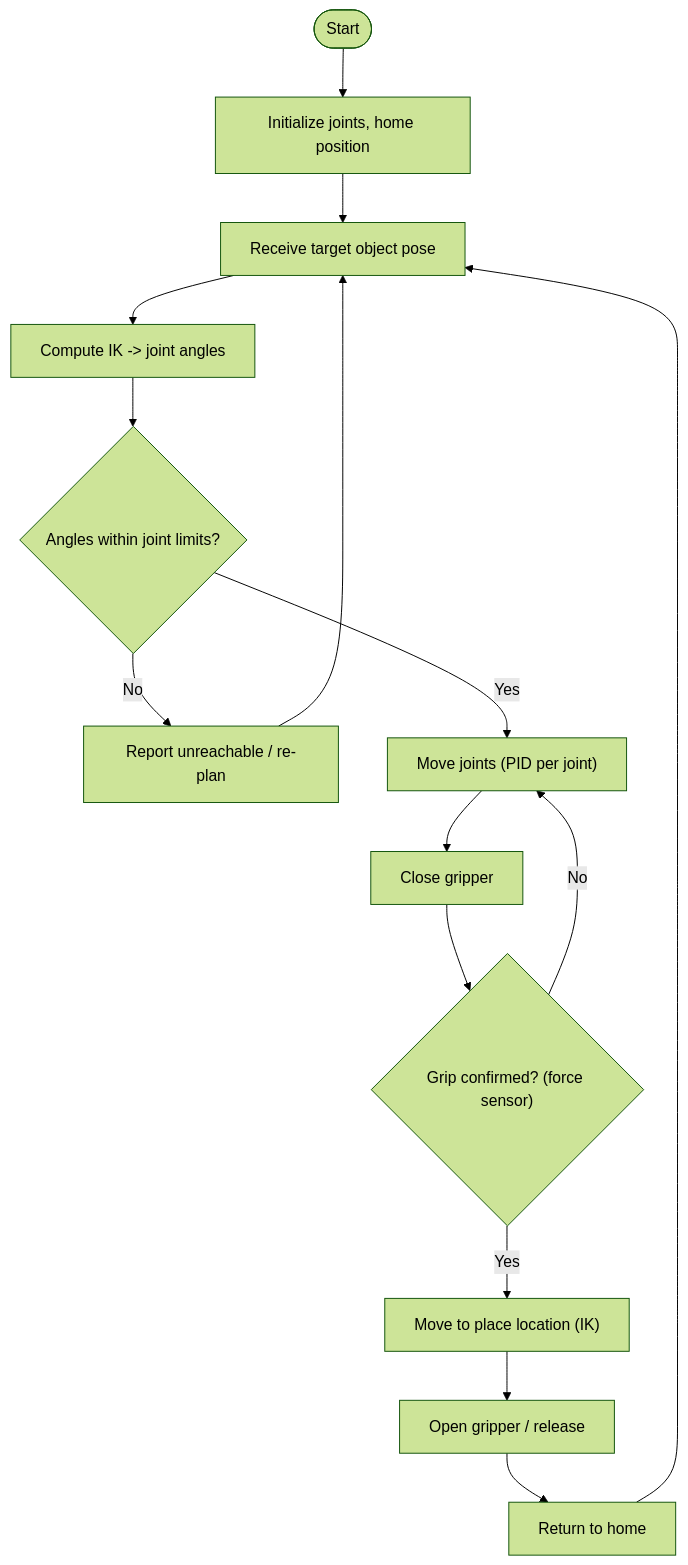
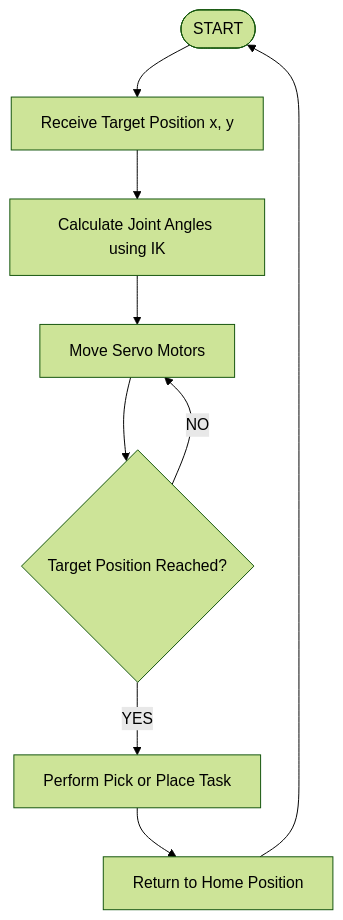
Before and after one commit to noushad999/robotics: the third of 5 diagrams in README.md, drawn with Mermaid (forest theme). The commit also changed other lines of this file, not shown here.

````diff
--- a/README.md
+++ b/README.md
@@ -410,17 +227,11 @@
 ```mermaid
 flowchart TD
-    A([Start]) --> B["Initialize joints, home position"]
-    B --> C["Receive target object pose"]
-    C --> D["Compute IK -> joint angles"]
-    D --> E{"Angles within joint limits?"}
-    E -->|No| F["Report unreachable / re-plan"]
-    F --> C
-    E -->|Yes| G["Move joints (PID per joint)"]
-    G --> H["Close gripper"]
-    H --> I{"Grip confirmed? (force sensor)"}
-    I -->|No| G
-    I -->|Yes| J["Move to place location (IK)"]
-    J --> K["Open gripper / release"]
-    K --> L["Return to home"]
-    L --> C
+    A([START]) --> B[Receive Target Position x, y]
+    B --> C[Calculate Joint Angles using IK]
+    C --> D[Move Servo Motors]
+    D --> E{Target Position Reached?}
+    E -->|NO| D
+    E -->|YES| F[Perform Pick or Place Task]
+    F --> G[Return to Home Position]
+    G --> A
 ```
````
